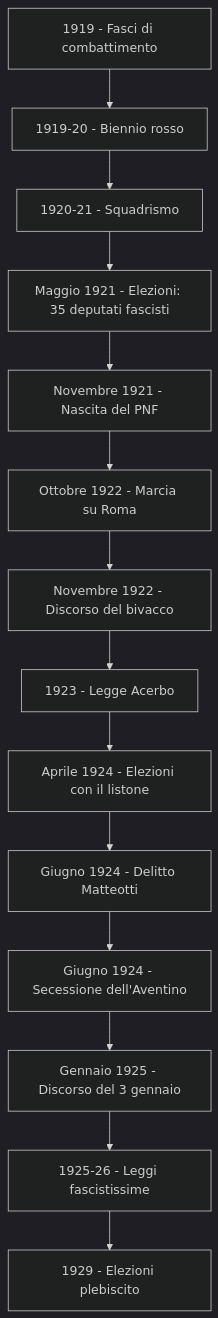
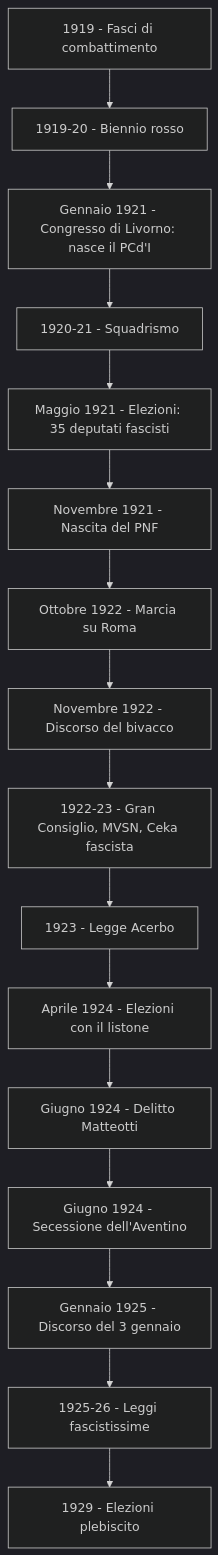
Before and after one commit to nadiadba/nadia-secondbrain: the diagram in docs/storia/ascesa-del-fascismo.md, drawn with Mermaid (dark theme). The commit also changed other lines of this file, not shown here.

````diff
--- a/docs/storia/ascesa-del-fascismo.md
+++ b/docs/storia/ascesa-del-fascismo.md
@@ -104,16 +136,18 @@
 ```mermaid
 flowchart TD
     A["1919 - Fasci di combattimento"] --> B["1919-20 - Biennio rosso"]
-    B --> C["1920-21 - Squadrismo"]
-    C --> D["Maggio 1921 - Elezioni: 35 deputati fascisti"]
-    D --> E["Novembre 1921 - Nascita del PNF"]
-    E --> F["Ottobre 1922 - Marcia su Roma"]
-    F --> G["Novembre 1922 - Discorso del bivacco"]
-    G --> H["1923 - Legge Acerbo"]
-    H --> I["Aprile 1924 - Elezioni con il listone"]
-    I --> J["Giugno 1924 - Delitto Matteotti"]
-    J --> K["Giugno 1924 - Secessione dell'Aventino"]
-    K --> L["Gennaio 1925 - Discorso del 3 gennaio"]
-    L --> M["1925-26 - Leggi fascistissime"]
-    M --> N["1929 - Elezioni plebiscito"]
+    B --> C["Gennaio 1921 - Congresso di Livorno: nasce il PCd'I"]
+    C --> D["1920-21 - Squadrismo"]
+    D --> E["Maggio 1921 - Elezioni: 35 deputati fascisti"]
+    E --> F["Novembre 1921 - Nascita del PNF"]
+    F --> G["Ottobre 1922 - Marcia su Roma"]
+    G --> H["Novembre 1922 - Discorso del bivacco"]
+    H --> I["1922-23 - Gran Consiglio, MVSN, Ceka fascista"]
+    I --> J["1923 - Legge Acerbo"]
+    J --> K["Aprile 1924 - Elezioni con il listone"]
+    K --> L["Giugno 1924 - Delitto Matteotti"]
+    L --> M["Giugno 1924 - Secessione dell'Aventino"]
+    M --> N["Gennaio 1925 - Discorso del 3 gennaio"]
+    N --> O["1925-26 - Leggi fascistissime"]
+    O --> P["1929 - Elezioni plebiscito"]
 ```
````
